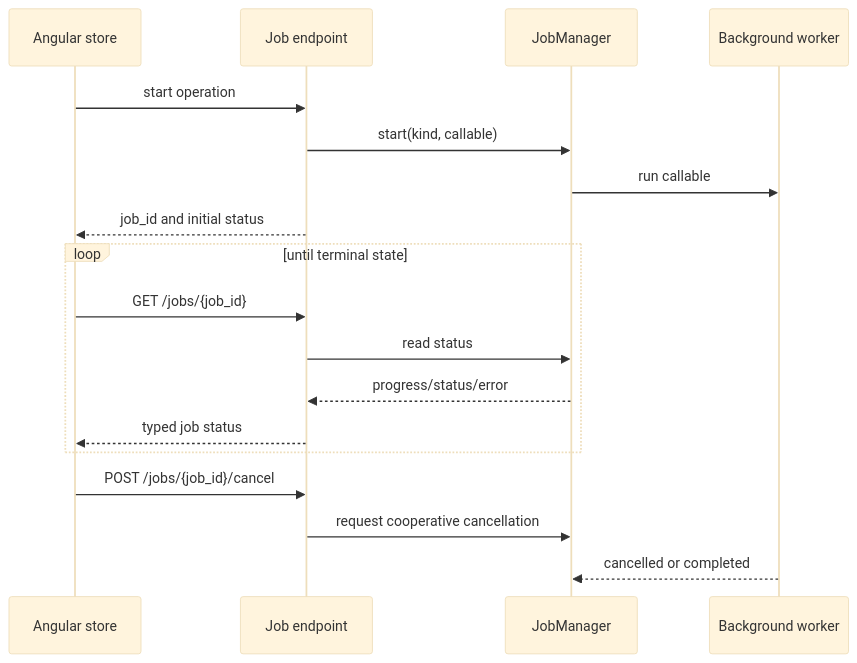
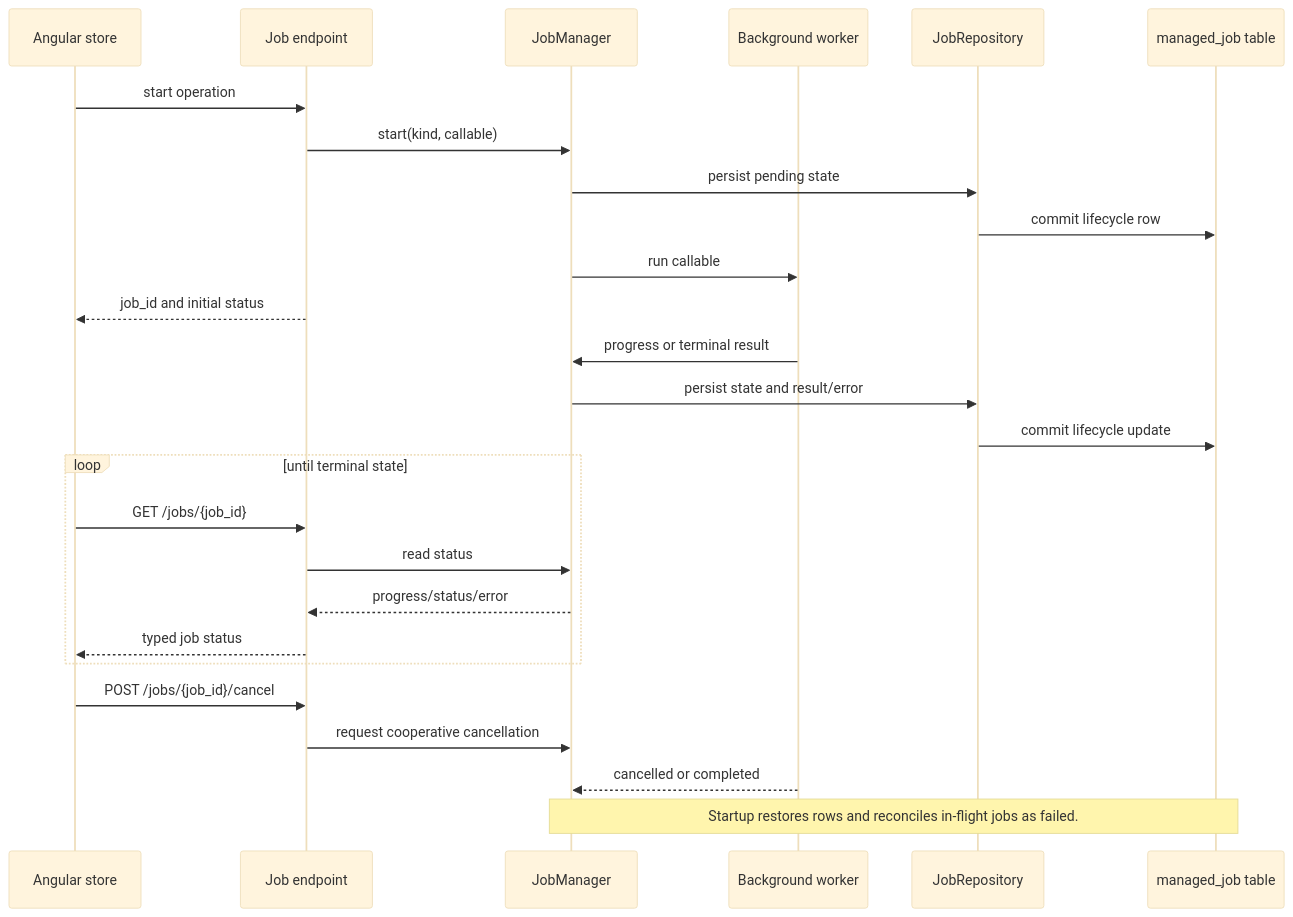
One commit to CTCycle/TKBEN-tokenizers-benchmarker changed the sixth of 7 diagrams in assets/docs/architecture/execution_and_data_flow.md. Above: the diagram before and after it, drawn with Mermaid (base theme). The commit also changed other lines of this file and 19 other files, not shown here.

````diff
--- a/assets/docs/architecture/execution_and_data_flow.md
+++ b/assets/docs/architecture/execution_and_data_flow.md
@@ -215,21 +225,29 @@
 ```mermaid
 sequenceDiagram
     participant UI as Angular store
     participant API as Job endpoint
     participant JM as JobManager
     participant Worker as Background worker
+    participant Repo as JobRepository
+    participant DB as managed_job table
 
     UI->>API: start operation
     API->>JM: start(kind, callable)
+    JM->>Repo: persist pending state
+    Repo->>DB: commit lifecycle row
     JM->>Worker: run callable
     API-->>UI: job_id and initial status
+    Worker->>JM: progress or terminal result
+    JM->>Repo: persist state and result/error
+    Repo->>DB: commit lifecycle update
     loop until terminal state
         UI->>API: GET /jobs/{job_id}
         API->>JM: read status
         JM-->>API: progress/status/error
         API-->>UI: typed job status
     end
     UI->>API: POST /jobs/{job_id}/cancel
     API->>JM: request cooperative cancellation
     Worker-->>JM: cancelled or completed
+    Note over JM,DB: Startup restores rows and reconciles in-flight jobs as failed.
 ```
````
